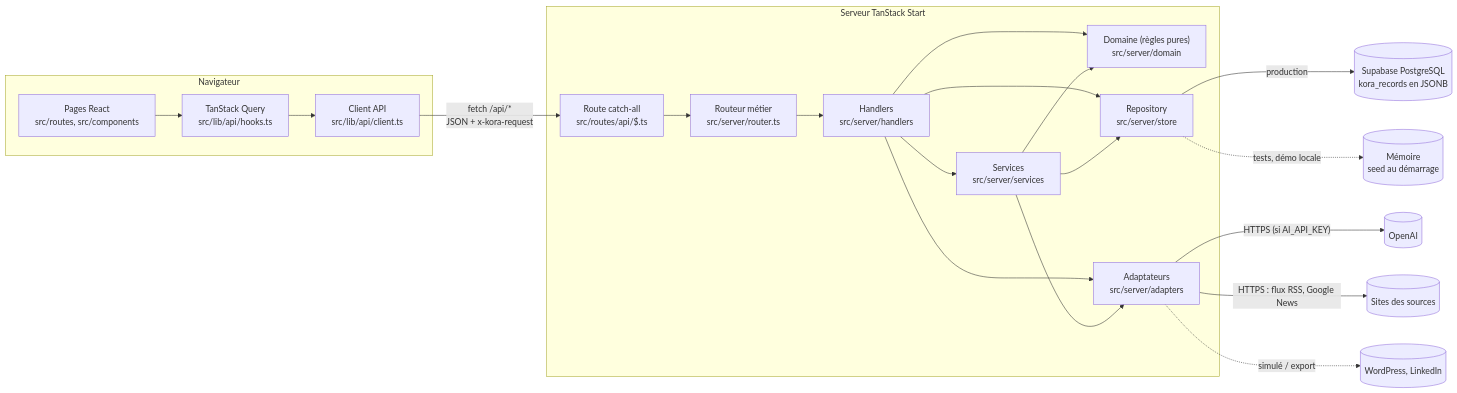
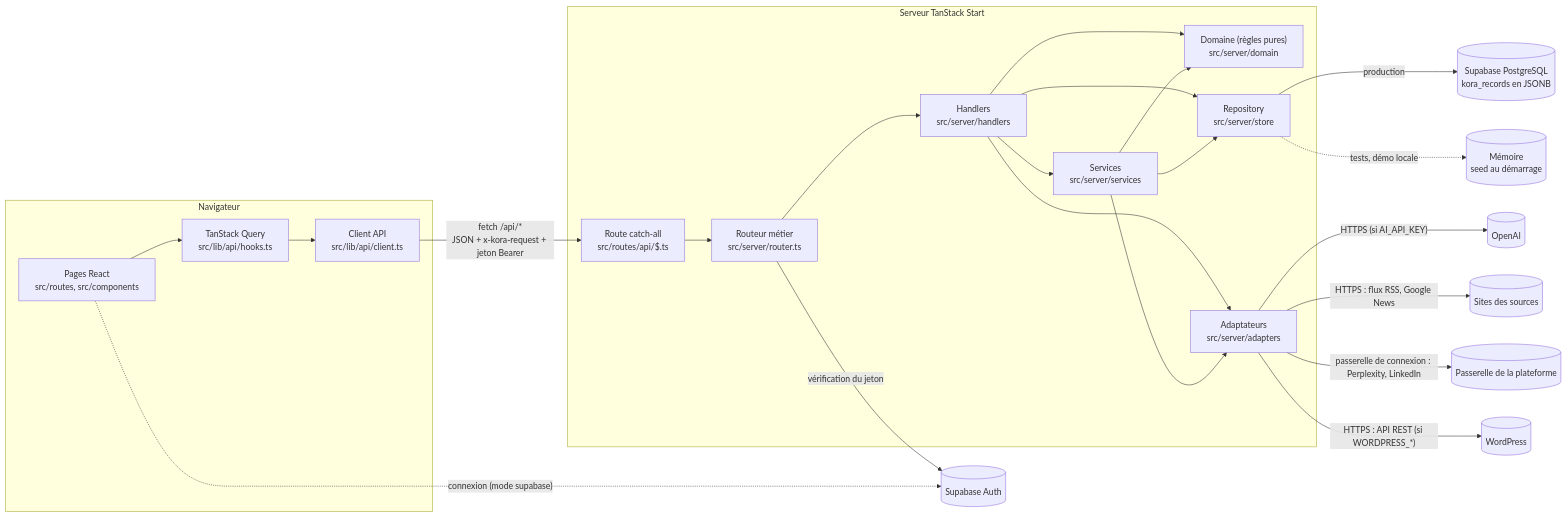
The first of 2 diagrams in docs/02-architecture.md (Makk7709/koraino), drawn with Mermaid before and after one commit. The commit also changed other lines of this file and 13 other files, not shown here.

````diff
--- a/docs/02-architecture.md
+++ b/docs/02-architecture.md
@@ -23,32 +23,35 @@
 ```mermaid
 flowchart LR
   subgraph Navigateur
     UI["Pages React<br/>src/routes, src/components"]
     Q["TanStack Query<br/>src/lib/api/hooks.ts"]
     C["Client API<br/>src/lib/api/client.ts"]
     UI --> Q --> C
   end
   subgraph "Serveur TanStack Start"
     R["Route catch-all<br/>src/routes/api/$.ts"]
     RT["Routeur métier<br/>src/server/router.ts"]
     H["Handlers<br/>src/server/handlers"]
     S["Services<br/>src/server/services"]
     D["Domaine (règles pures)<br/>src/server/domain"]
     ST["Repository<br/>src/server/store"]
     A["Adaptateurs<br/>src/server/adapters"]
     R --> RT --> H
     H --> S
     H --> D
     S --> D
     H --> ST
     S --> ST
     H --> A
     S --> A
   end
-  C -- "fetch /api/*<br/>JSON + x-kora-request" --> R
+  C -- "fetch /api/*<br/>JSON + x-kora-request + jeton Bearer" --> R
+  UI -. "connexion (mode supabase)" .-> SBA[(Supabase Auth)]
+  RT -- "vérification du jeton" --> SBA
   A -- "HTTPS (si AI_API_KEY)" --> OAI[(OpenAI)]
   A -- "HTTPS : flux RSS, Google News" --> WEB[(Sites des sources)]
-  A -. "simulé / export" .-> EXT[(WordPress, LinkedIn)]
+  A -- "passerelle de connexion : Perplexity, LinkedIn" --> GW[(Passerelle de la plateforme)]
+  A -- "HTTPS : API REST (si WORDPRESS_*)" --> WPX[(WordPress)]
   ST -- "production" --> DB[("Supabase PostgreSQL<br/>kora_records en JSONB")]
   ST -. "tests, démo locale" .-> MEM[("Mémoire<br/>seed au démarrage")]
 ```
````
